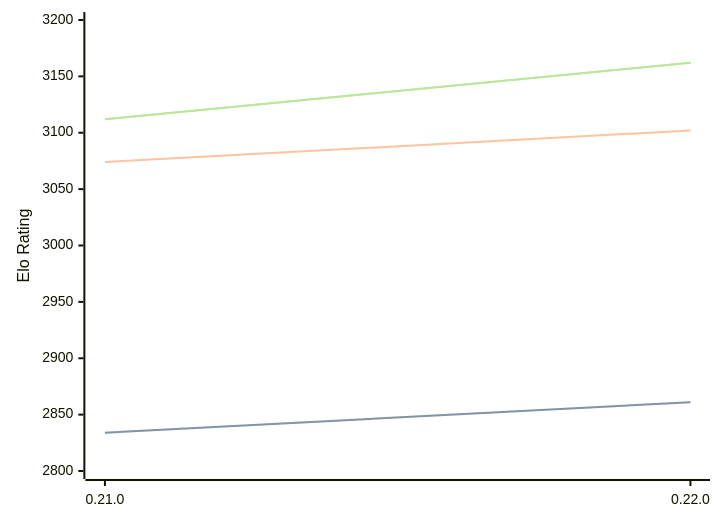
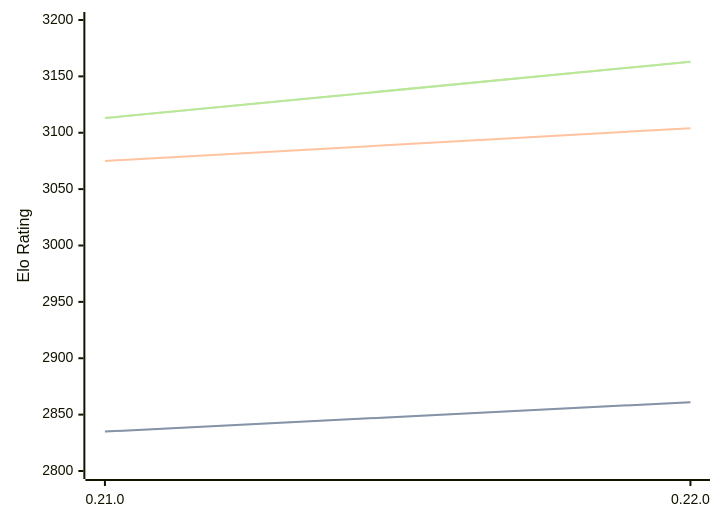
The diagram in engines/Princhess.md (computer-chess-index/cci), drawn with Mermaid before and after one commit. The commit also changed other lines of this file, not shown here.

Commit message:
Update CCI Ratings (ELO VLTC) - 2026-08-26

````diff
--- a/engines/Princhess.md
+++ b/engines/Princhess.md
@@ -32,11 +32,11 @@
 ```mermaid
 %%{init: {"theme":"base","themeVariables":{"seriesColors:['#a3a3a3','#222221','#faa371']}}}%%
 xychart-beta
   x-axis ["0.21.0", "0.22.0"]
   y-axis "Elo Rating" 2800 --> 3200
-  line "STC (8.0+0.08s)" [2834, 2861]
-  line "STC (8.0+0.08s)" [2834, 2861]
-  line "LTC (60.0+0.60s)" [3074, 3102]
-  line "VLTC (2m24s+1.12s)" [3112, 3162]
-  line "VLTC (2m24s+1.12s)" [3112, 3162]
+  line "STC (8.0+0.08s)" [2835, 2861]
+  line "STC (8.0+0.08s)" [2835, 2861]
+  line "LTC (60.0+0.60s)" [3075, 3104]
+  line "VLTC (2m24s+1.12s)" [3113, 3163]
+  line "VLTC (2m24s+1.12s)" [3113, 3163]
 ```
````
